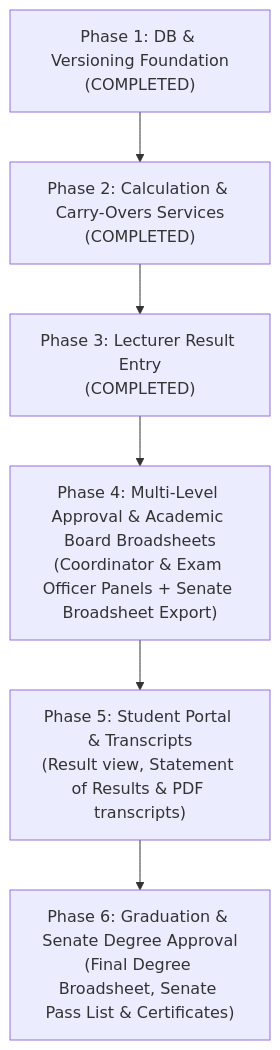
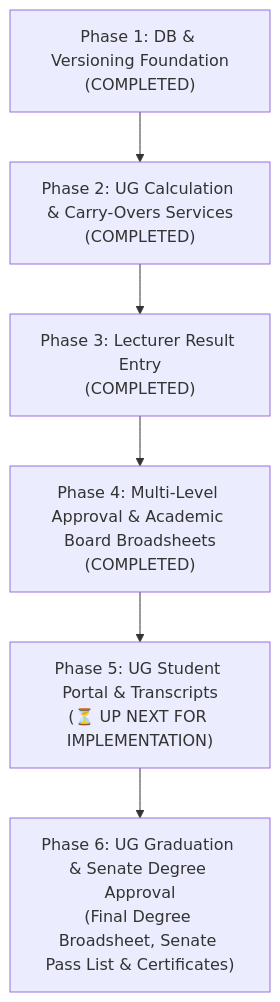
One commit to bashyauri/admission changed the diagram in result_processing_agent_phases.md. Above: the diagram before and after it, drawn with Mermaid. The commit also changed other lines of this file and 13 other files, not shown here.

````diff
--- a/result_processing_agent_phases.md
+++ b/result_processing_agent_phases.md
@@ -21,8 +25,8 @@
 ```mermaid
 graph TD
-    P1["Phase 1: DB & Versioning Foundation<br/>(COMPLETED)"] --> P2["Phase 2: Calculation & Carry-Overs Services<br/>(COMPLETED)"]
+    P1["Phase 1: DB & Versioning Foundation<br/>(COMPLETED)"] --> P2["Phase 2: UG Calculation & Carry-Overs Services<br/>(COMPLETED)"]
     P2 --> P3["Phase 3: Lecturer Result Entry<br/>(COMPLETED)"]
-    P3 --> P4["Phase 4: Multi-Level Approval & Academic Board Broadsheets<br/>(Coordinator & Exam Officer Panels + Senate Broadsheet Export)"]
-    P4 --> P5["Phase 5: Student Portal & Transcripts<br/>(Result view, Statement of Results & PDF transcripts)"]
-    P5 --> P6["Phase 6: Graduation & Senate Degree Approval<br/>(Final Degree Broadsheet, Senate Pass List & Certificates)"]
+    P3 --> P4["Phase 4: Multi-Level Approval & Academic Board Broadsheets<br/>(COMPLETED)"]
+    P4 --> P5["Phase 5: UG Student Portal & Transcripts<br/>(⏳ UP NEXT FOR IMPLEMENTATION)"]
+    P5 --> P6["Phase 6: UG Graduation & Senate Degree Approval<br/>(Final Degree Broadsheet, Senate Pass List & Certificates)"]
 ```
````
